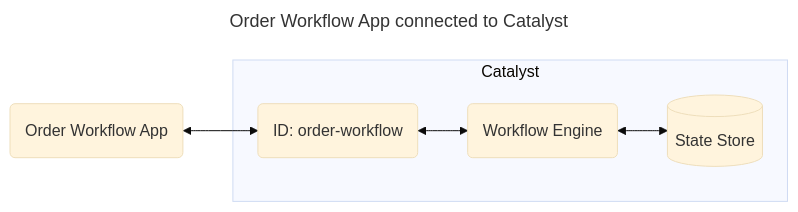
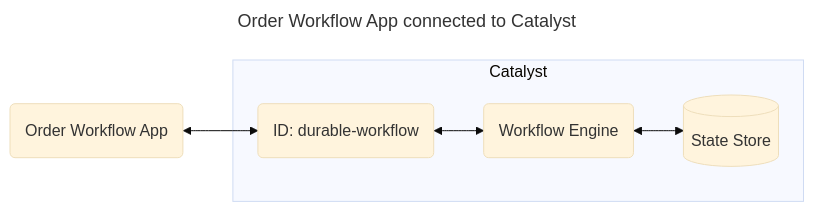
Before and after one commit to diagridio/catalyst-quickstarts: the first of 3 diagrams in workflow/csharp/README.md, drawn with Mermaid (base theme). The commit also changed other lines of this file and 8 other files, not shown here.

First line of the commit message:
fix(workflow): name the workflow App ID durable-workflow, as the console does

````diff
--- a/workflow/csharp/README.md
+++ b/workflow/csharp/README.md
@@ -10,16 +10,16 @@
 ```mermaid
 ---
 title: Order Workflow App connected to Catalyst
 ---
 flowchart LR
   APP(Order Workflow App)
   subgraph Catalyst
-    APPID(ID: order-workflow)
+    APPID(ID: durable-workflow)
     WF(Workflow Engine)
     STATE[(State Store)]
   end
 
   APP<-->APPID
   APPID<-->WF
   WF<-->STATE
 ```
````
